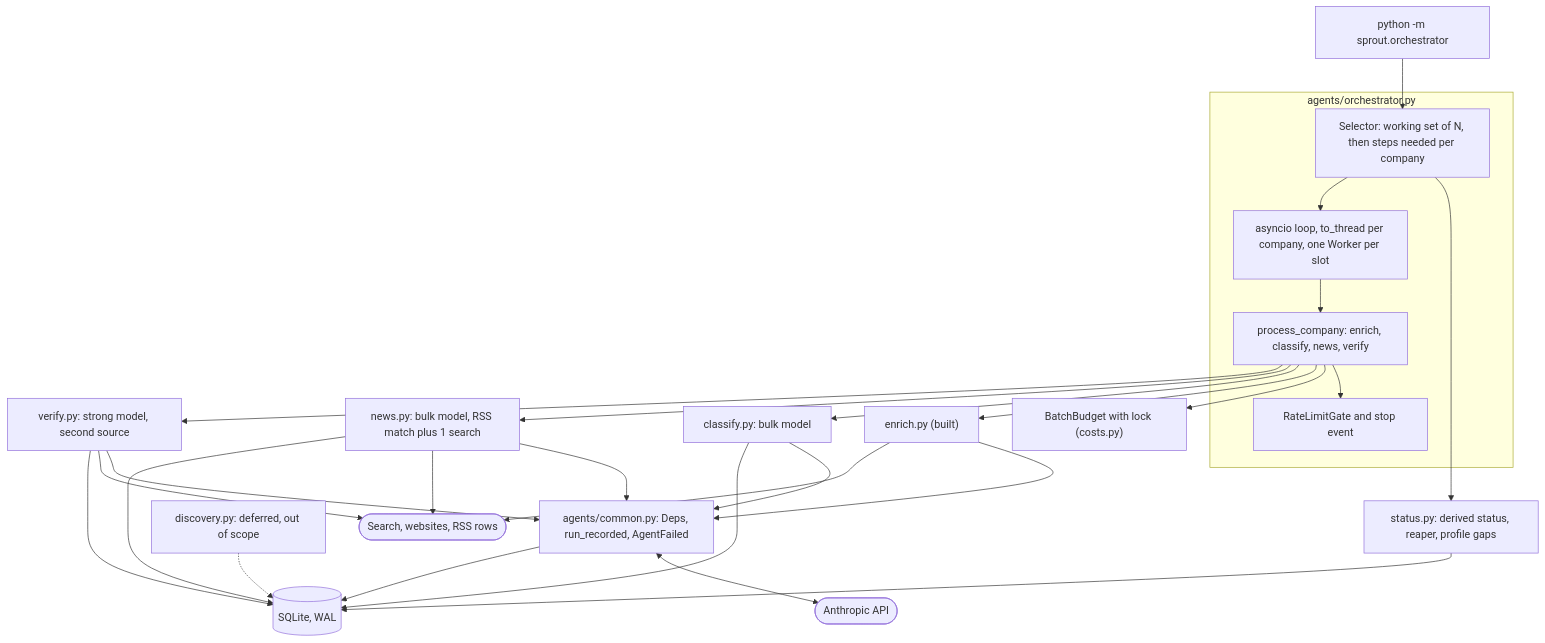
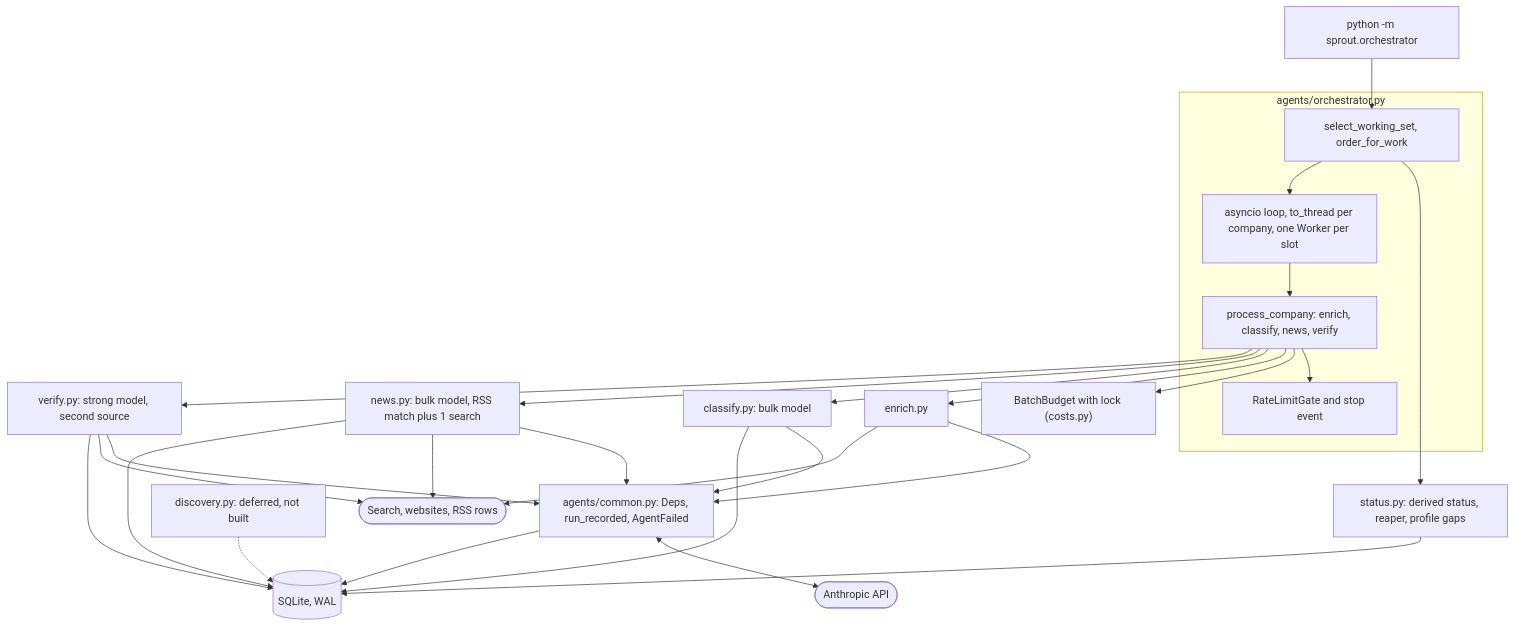
The first of 2 diagrams in docs/architecture/phases/phase-6-multi-agent.md (Farzaanee/sprout), drawn with Mermaid before and after one commit. The commit also changed other lines of this file and 13 other files, not shown here.

Commit message:
sync architecture docs after phase 6 build

````diff
--- a/docs/architecture/phases/phase-6-multi-agent.md
+++ b/docs/architecture/phases/phase-6-multi-agent.md
@@ -7,45 +7,45 @@
 ```mermaid
 flowchart TB
     CLI["python -m sprout.orchestrator"]
     subgraph ORCH["agents/orchestrator.py"]
-        SEL["Selector: working set of N, then steps needed per company"]
+        SEL["select_working_set, order_for_work"]
         POOL["asyncio loop, to_thread per company, one Worker per slot"]
         PROC["process_company: enrich, classify, news, verify"]
         GATE["RateLimitGate and stop event"]
     end
     STATUS["status.py: derived status, reaper, profile gaps"]
     COMMON["agents/common.py: Deps, run_recorded, AgentFailed"]
-    ENR["enrich.py (built)"]
+    ENR["enrich.py"]
     CLS["classify.py: bulk model"]
     NEWS["news.py: bulk model, RSS match plus 1 search"]
     VER["verify.py: strong model, second source"]
-    DISC["discovery.py: deferred, out of scope"]
+    DISC["discovery.py: deferred, not built"]
     LLM(["Anthropic API"])
     EXT(["Search, websites, RSS rows"])
     BATCH["BatchBudget with lock (costs.py)"]
     SQL[("SQLite, WAL")]
     CLI --> SEL
     SEL --> STATUS
     STATUS --> SQL
     SEL --> POOL
     POOL --> PROC
     PROC --> GATE
     PROC --> BATCH
     PROC --> ENR
     PROC --> CLS
     PROC --> NEWS
     PROC --> VER
     ENR --> COMMON
     CLS --> COMMON
     NEWS --> COMMON
     VER --> COMMON
     COMMON <--> LLM
     ENR --> EXT
     NEWS --> EXT
     VER --> EXT
     COMMON --> SQL
     CLS --> SQL
     NEWS --> SQL
     VER --> SQL
     DISC -.-> SQL
 ```
````
